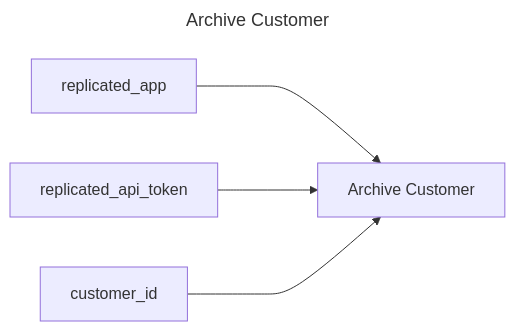
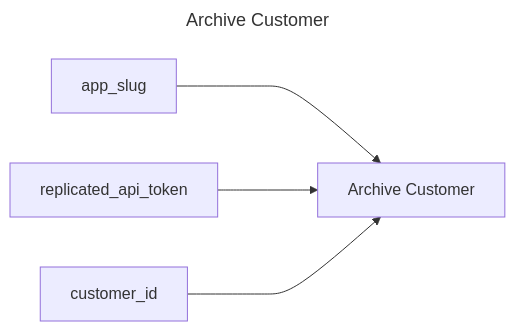
One commit to replicatedhq/replicated-actions changed the diagram in archive-customer/README.md. Above: the diagram before and after it, drawn with Mermaid. The commit also changed other lines of this file and 28 other files, not shown here.

Commit message:
renaming replicated-app to app-slug

````diff
--- a/archive-customer/README.md
+++ b/archive-customer/README.md
@@ -3,10 +3,10 @@
 ```mermaid
 ---
 title: Archive Customer
 ---
 graph LR
 archive_customer["Archive Customer"]
-replicated_app ---> archive_customer
+app_slug ---> archive_customer
 replicated_api_token ---> archive_customer
 customer_id ---> archive_customer
 ```
````
